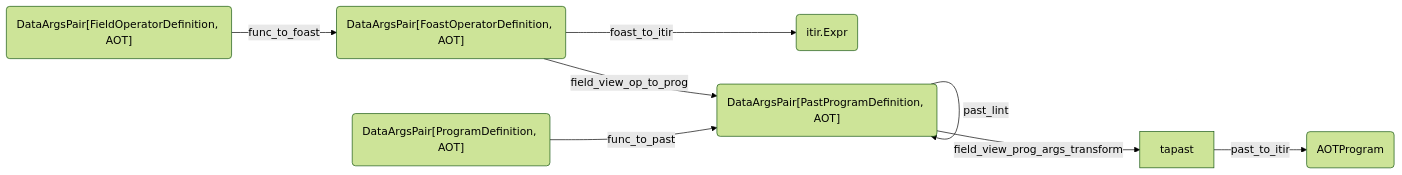
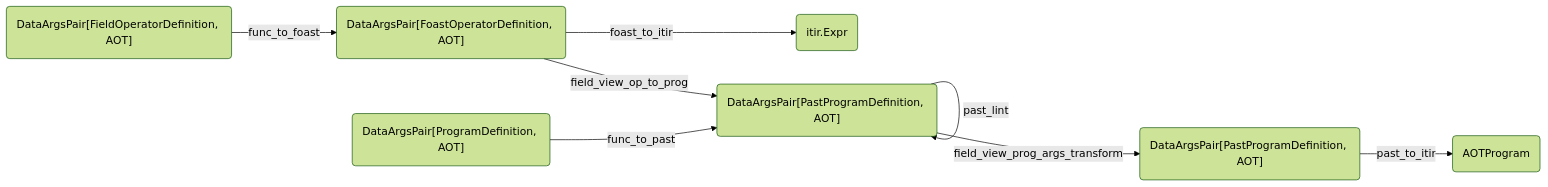
Before and after one commit to GridTools/gt4py: the first of 10 diagrams in docs/user/next/advanced/ToolchainWalkthrough.md, drawn with Mermaid (forest theme). The commit also changed other lines of this file, not shown here.

Commit message:
fix missing label in workflow graphs in toolchain walkthrough

````diff
--- a/docs/user/next/advanced/ToolchainWalkthrough.md
+++ b/docs/user/next/advanced/ToolchainWalkthrough.md
@@ -23,12 +23,12 @@
 ```mermaid
 graph LR
 
 fdef("DataArgsPair[FieldOperatorDefinition, AOT]") -->|func_to_foast| foast("DataArgsPair[FoastOperatorDefinition, AOT]")
 foast -->|foast_to_itir| itir_expr(itir.Expr)
 foast -->|field_view_op_to_prog| past("DataArgsPair[PastProgramDefinition, AOT]")
 past -->|past_lint| past
-past -->|field_view_prog_args_transform| tapast
+past -->|field_view_prog_args_transform| tapast("DataArgsPair[PastProgramDefinition, AOT]")
 tapast -->|past_to_itir| pcall(AOTProgram)
 
 pdef("DataArgsPair[ProgramDefinition, AOT]") -->|func_to_past| past("DataArgsPair[PastProgramDefinition, AOT]")
 ```
````
